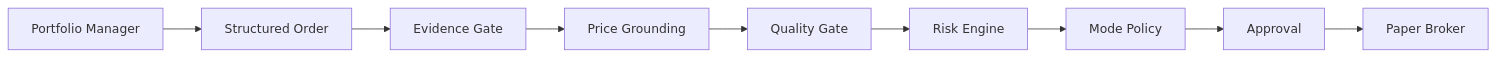
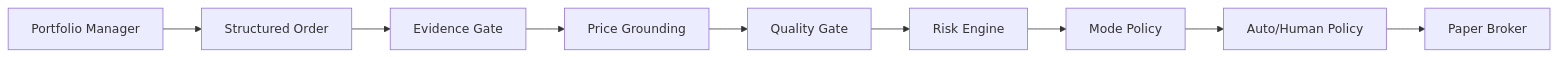
The second of 3 diagrams in README.md (dhyan-adden/TradingBot), drawn with Mermaid before and after one commit. The commit also changed other lines of this file, not shown here.

````diff
--- a/README.md
+++ b/README.md
@@ -313,14 +313,14 @@
 ```mermaid id="1lbopa"
 flowchart LR
 
     PM[Portfolio Manager]
       --> O[Structured Order]
 
     O --> E[Evidence Gate]
     E --> P[Price Grounding]
     P --> Q[Quality Gate]
     Q --> R[Risk Engine]
     R --> M[Mode Policy]
-    M --> H[Approval]
+    M --> H[Auto/Human Policy]
     H --> B[Paper Broker]
 ```
````
